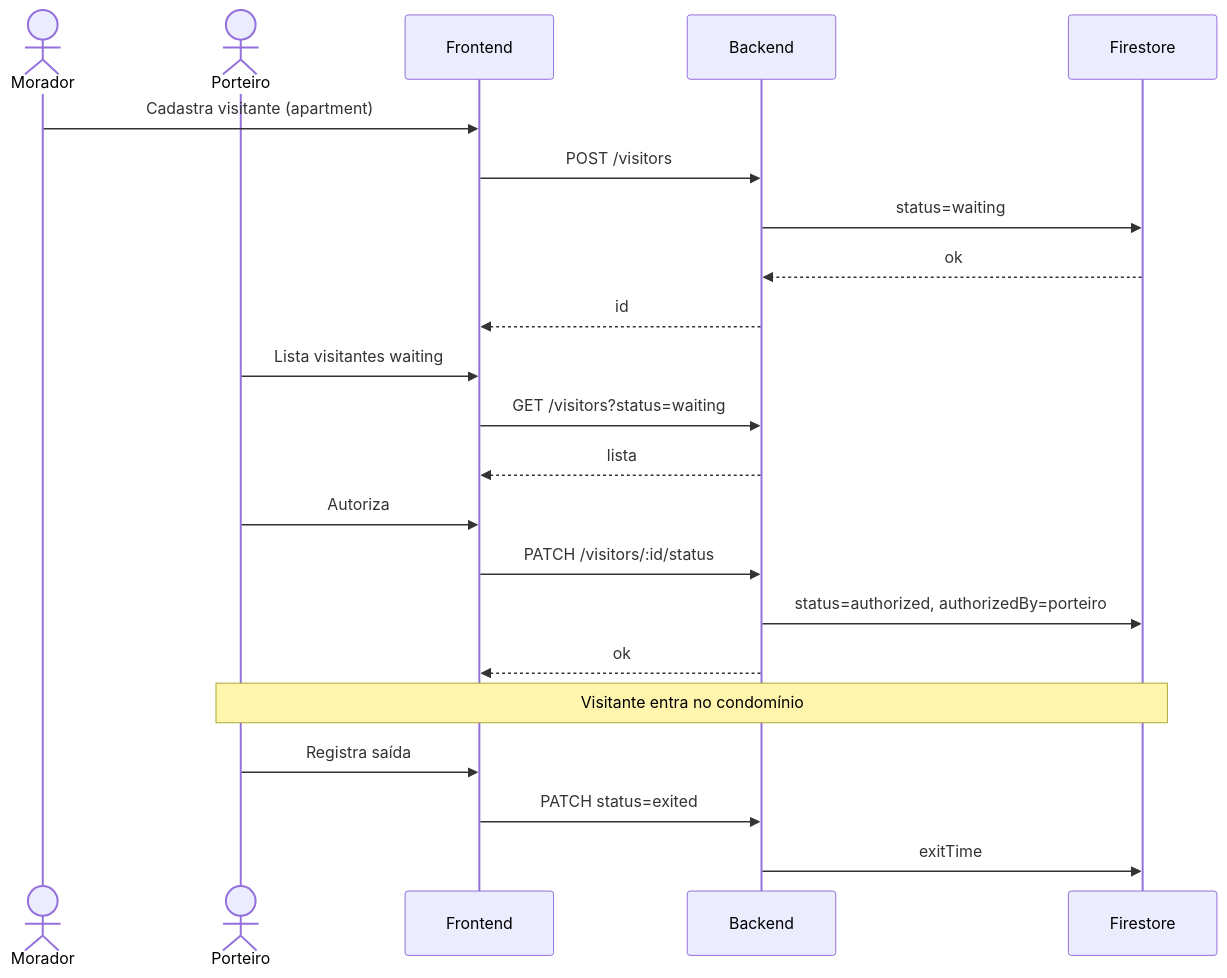
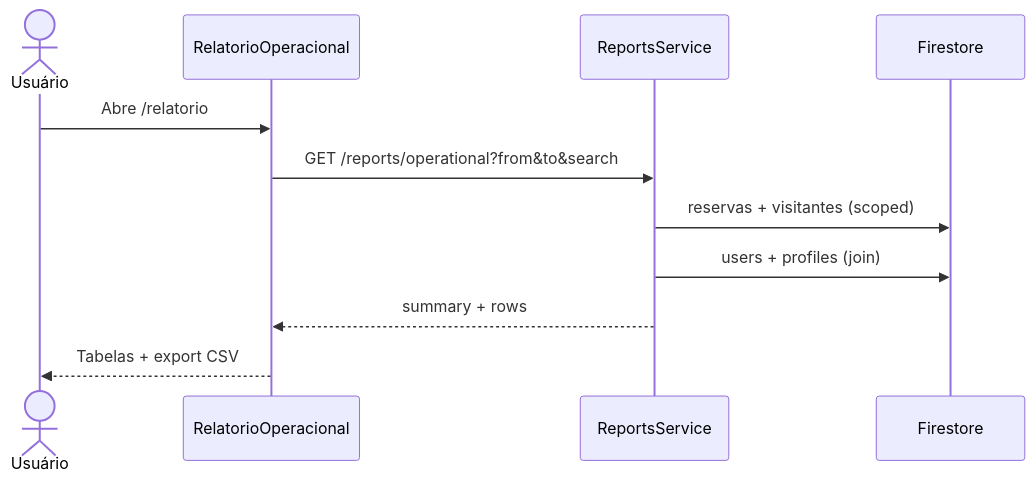
Before and after one commit to vyzin-app/vyzin: the fourth of 6 diagrams in docs/CASOS_DE_USO.md, drawn with Mermaid. The commit also changed other lines of this file and 9 other files, not shown here.

````diff
--- a/docs/CASOS_DE_USO.md
+++ b/docs/CASOS_DE_USO.md
@@ -271,29 +205,14 @@
 ```mermaid
 sequenceDiagram
-  actor M as Morador
-  actor P as Porteiro
-  participant FE as Frontend
-  participant API as Backend
-  participant DB as Firestore
+  actor U as Usuário
+  participant FE as RelatorioOperacional
+  participant API as ReportsService
+  participant FS as Firestore
 
-  M->>FE: Cadastra visitante (apartment)
-  FE->>API: POST /visitors
-  API->>DB: status=waiting
-  DB-->>API: ok
-  API-->>FE: id
-
-  P->>FE: Lista visitantes waiting
-  FE->>API: GET /visitors?status=waiting
-  API-->>FE: lista
-
-  P->>FE: Autoriza
-  FE->>API: PATCH /visitors/:id/status
-  API->>DB: status=authorized, authorizedBy=porteiro
-  API-->>FE: ok
-
-  Note over P,DB: Visitante entra no condomínio
-
-  P->>FE: Registra saída
-  FE->>API: PATCH status=exited
-  API->>DB: exitTime
+  U->>FE: Abre /relatorio
+  FE->>API: GET /reports/operational?from&to&search
+  API->>FS: reservas + visitantes (scoped)
+  API->>FS: users + profiles (join)
+  API-->>FE: summary + rows
+  FE-->>U: Tabelas + export CSV
 ```
````
